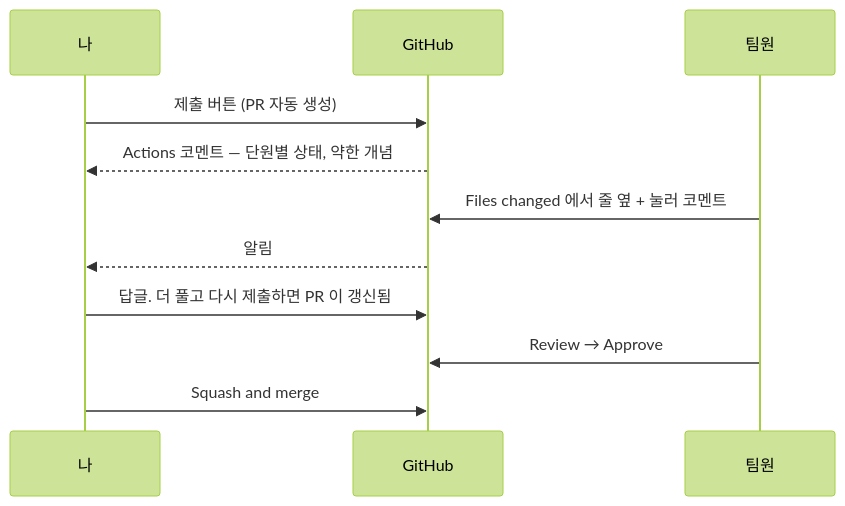
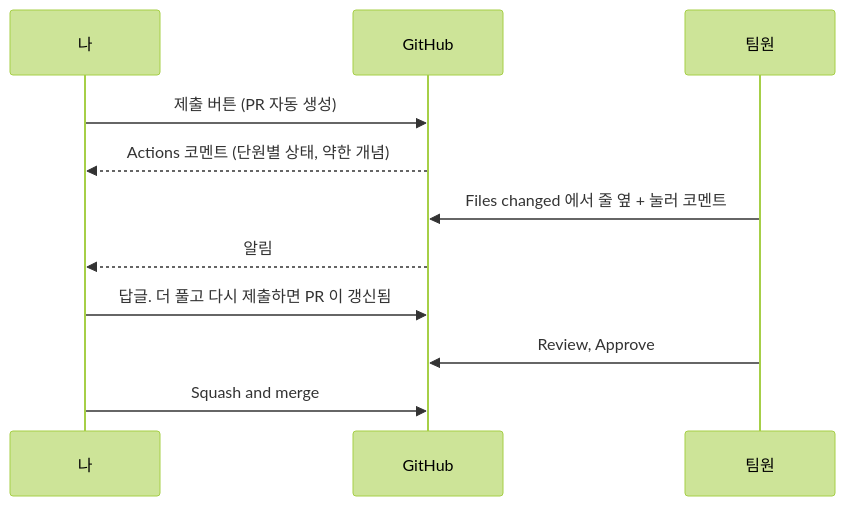
Before and after one commit to WaterMinCho/rokey-python-study: the second of 2 diagrams in docs/GIT_GUIDE.md, drawn with Mermaid (forest theme). The commit also changed other lines of this file and 16 other files, not shown here.

````diff
--- a/docs/GIT_GUIDE.md
+++ b/docs/GIT_GUIDE.md
@@ -61,13 +62,13 @@
 ```mermaid
 sequenceDiagram
     participant 나
     participant GitHub
     participant 팀원
     나->>GitHub: 제출 버튼 (PR 자동 생성)
-    GitHub-->>나: Actions 코멘트 — 단원별 상태, 약한 개념
+    GitHub-->>나: Actions 코멘트 (단원별 상태, 약한 개념)
     팀원->>GitHub: Files changed 에서 줄 옆 + 눌러 코멘트
     GitHub-->>나: 알림
     나->>GitHub: 답글. 더 풀고 다시 제출하면 PR 이 갱신됨
-    팀원->>GitHub: Review → Approve
+    팀원->>GitHub: Review, Approve
     나->>GitHub: Squash and merge
 ```
````
